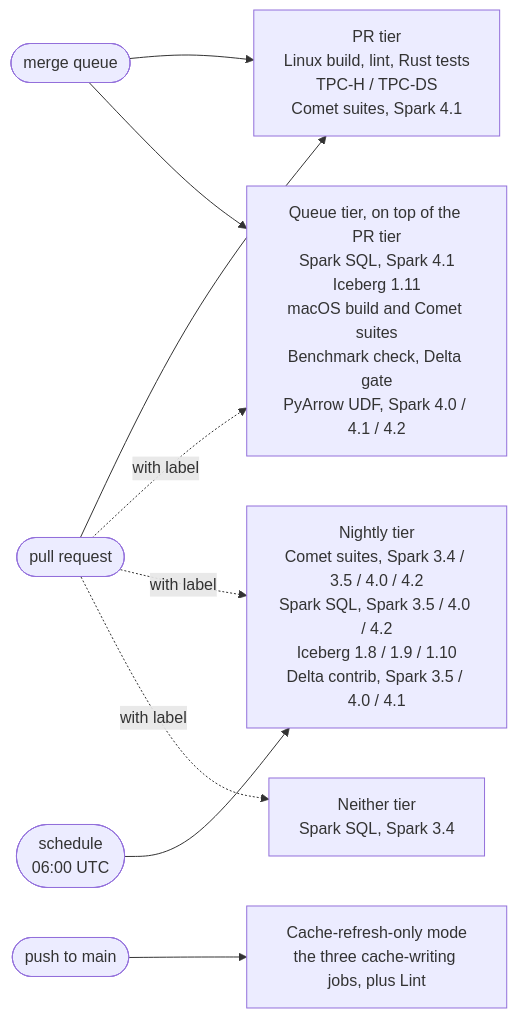
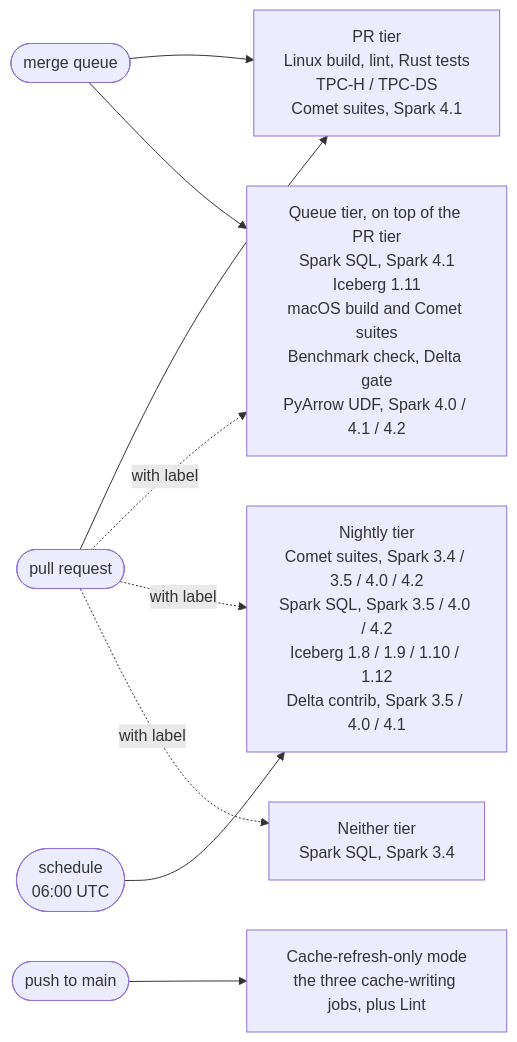
Before and after one commit to apache/datafusion-comet: the diagram in docs/source/contributor-guide/ci.md, drawn with Mermaid. The commit also changed other lines of this file and 4 other files, not shown here.

First line of the commit message:
docs: document Iceberg 1.12 coverage and why the Spark 4.2 profile stays on the 4.0 runtime

````diff
--- a/docs/source/contributor-guide/ci.md
+++ b/docs/source/contributor-guide/ci.md
@@ -35,17 +35,17 @@
 ```mermaid
 flowchart LR
   PR([pull request]) --> PRTIER
   PR -. with label .-> QUEUE
   PR -. with label .-> NIGHTLY
   PR -. with label .-> S34
   MQ([merge queue]) --> PRTIER
   MQ --> QUEUE
   CRON([schedule<br>06:00 UTC]) --> NIGHTLY
   PUSH([push to main]) --> CACHE
 
   PRTIER["PR tier<br>Linux build, lint, Rust tests<br>TPC-H / TPC-DS<br>Comet suites, Spark 4.1"]
   QUEUE["Queue tier, on top of the PR tier<br>Spark SQL, Spark 4.1<br>Iceberg 1.11<br>macOS build and Comet suites<br>Benchmark check, Delta gate<br>PyArrow UDF, Spark 4.0 / 4.1 / 4.2"]
-  NIGHTLY["Nightly tier<br>Comet suites, Spark 3.4 / 3.5 / 4.0 / 4.2<br>Spark SQL, Spark 3.5 / 4.0 / 4.2<br>Iceberg 1.8 / 1.9 / 1.10<br>Delta contrib, Spark 3.5 / 4.0 / 4.1"]
+  NIGHTLY["Nightly tier<br>Comet suites, Spark 3.4 / 3.5 / 4.0 / 4.2<br>Spark SQL, Spark 3.5 / 4.0 / 4.2<br>Iceberg 1.8 / 1.9 / 1.10 / 1.12<br>Delta contrib, Spark 3.5 / 4.0 / 4.1"]
   S34["Neither tier<br>Spark SQL, Spark 3.4"]
   CACHE["Cache-refresh-only mode<br>the three cache-writing jobs, plus Lint"]
 ```
````
